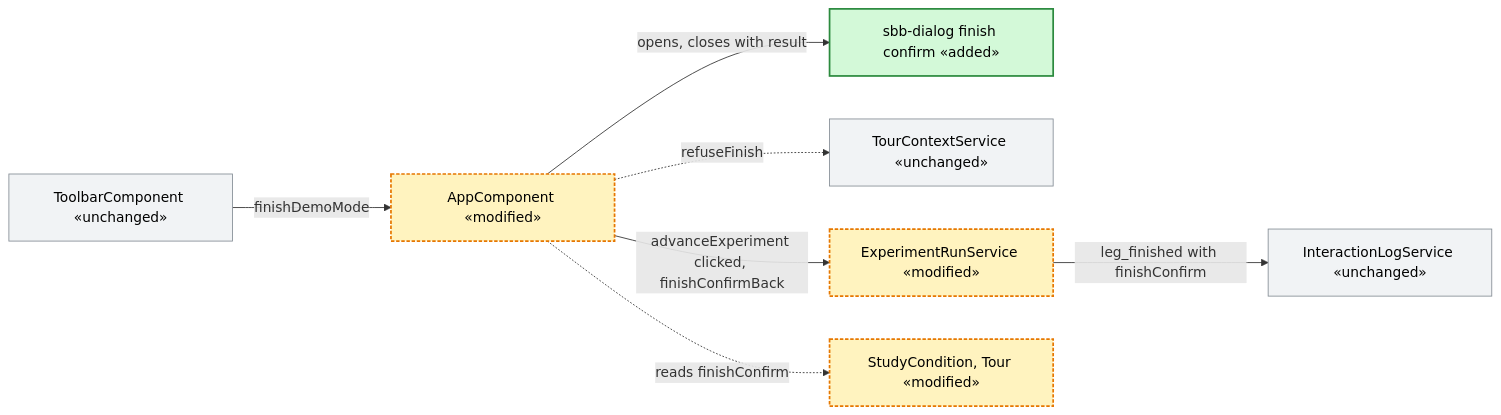
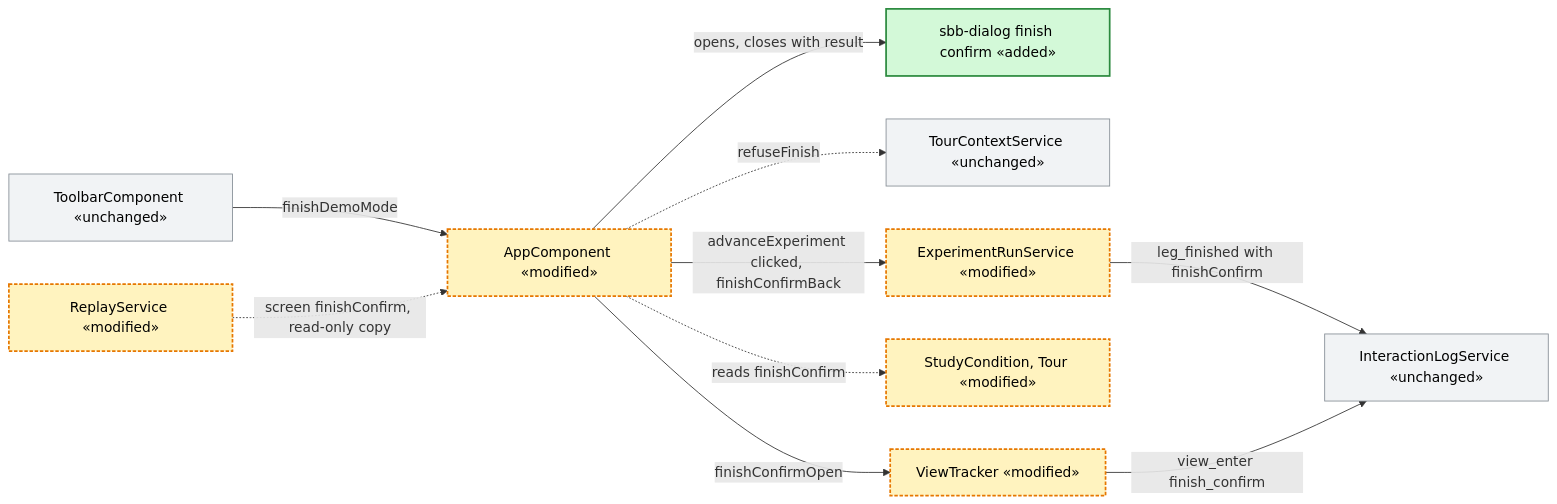
Before and after one commit to flatland-association/flatland-ui-hub: the first of 2 diagrams in docs/plans/confirm-finish-scenario.md, drawn with Mermaid. The commit also changed other lines of this file and 13 other files, not shown here.

First line of the commit message:
feat(replay): show the finish dialog with the participant's clicks on it.

````diff
--- a/docs/plans/confirm-finish-scenario.md
+++ b/docs/plans/confirm-finish-scenario.md
@@ -284,16 +315,21 @@
 ```mermaid
 flowchart LR
   TB["ToolbarComponent «unchanged»"] -->|"finishDemoMode"| APP["AppComponent «modified»"]
   APP -->|"opens, closes with result"| DLG["sbb-dialog finish confirm «added»"]
   APP -.->|"refuseFinish"| TC["TourContextService «unchanged»"]
   APP -->|"advanceExperiment clicked, finishConfirmBack"| RUN["ExperimentRunService «modified»"]
   APP -.->|"reads finishConfirm"| CFG["StudyCondition, Tour «modified»"]
   RUN -->|"leg_finished with finishConfirm"| LOG["InteractionLogService «unchanged»"]
+  APP -->|"finishConfirmOpen"| VT["ViewTracker «modified»"]
+  VT -->|"view_enter finish_confirm"| LOG
+  RS["ReplayService «modified»"] -.->|"screen finishConfirm, read-only copy"| APP
   style TB fill:#f1f3f5,stroke:#868e96,color:#000
   style APP fill:#fff3bf,stroke:#e67700,stroke-width:2px,stroke-dasharray:4 2,color:#000
   style DLG fill:#d3f9d8,stroke:#2b8a3e,stroke-width:2px,color:#000
   style TC fill:#f1f3f5,stroke:#868e96,color:#000
   style RUN fill:#fff3bf,stroke:#e67700,stroke-width:2px,stroke-dasharray:4 2,color:#000
   style CFG fill:#fff3bf,stroke:#e67700,stroke-width:2px,stroke-dasharray:4 2,color:#000
   style LOG fill:#f1f3f5,stroke:#868e96,color:#000
+  style VT fill:#fff3bf,stroke:#e67700,stroke-width:2px,stroke-dasharray:4 2,color:#000
+  style RS fill:#fff3bf,stroke:#e67700,stroke-width:2px,stroke-dasharray:4 2,color:#000
 ```
````
